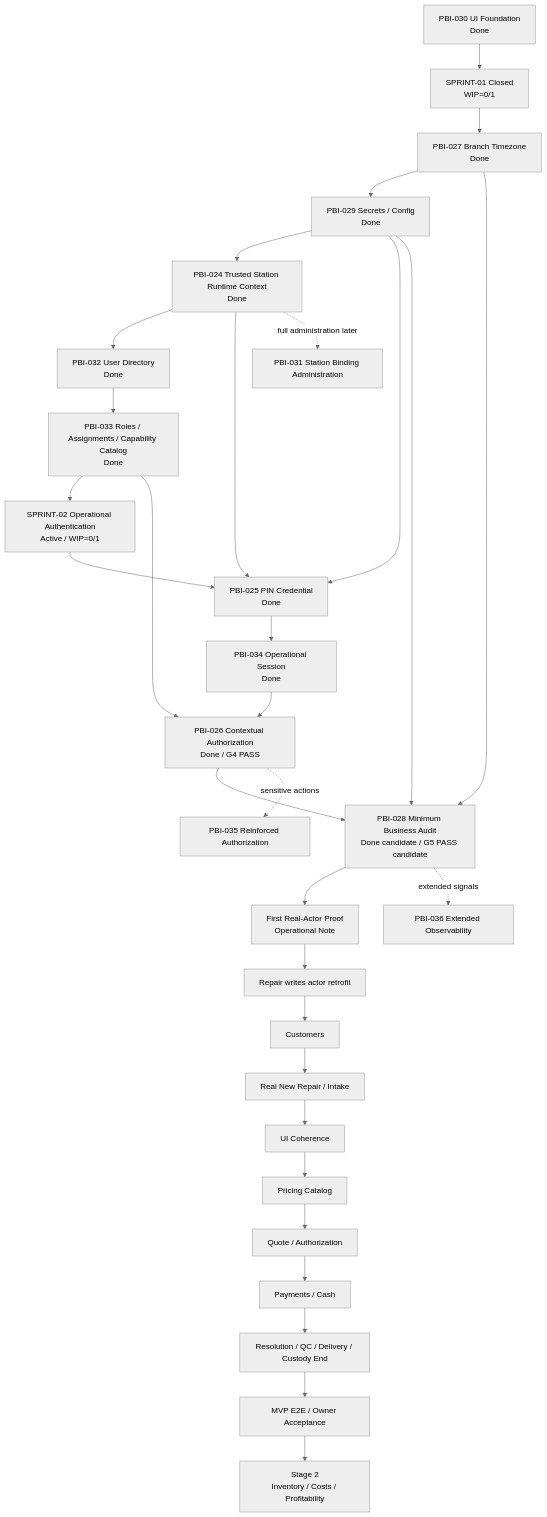
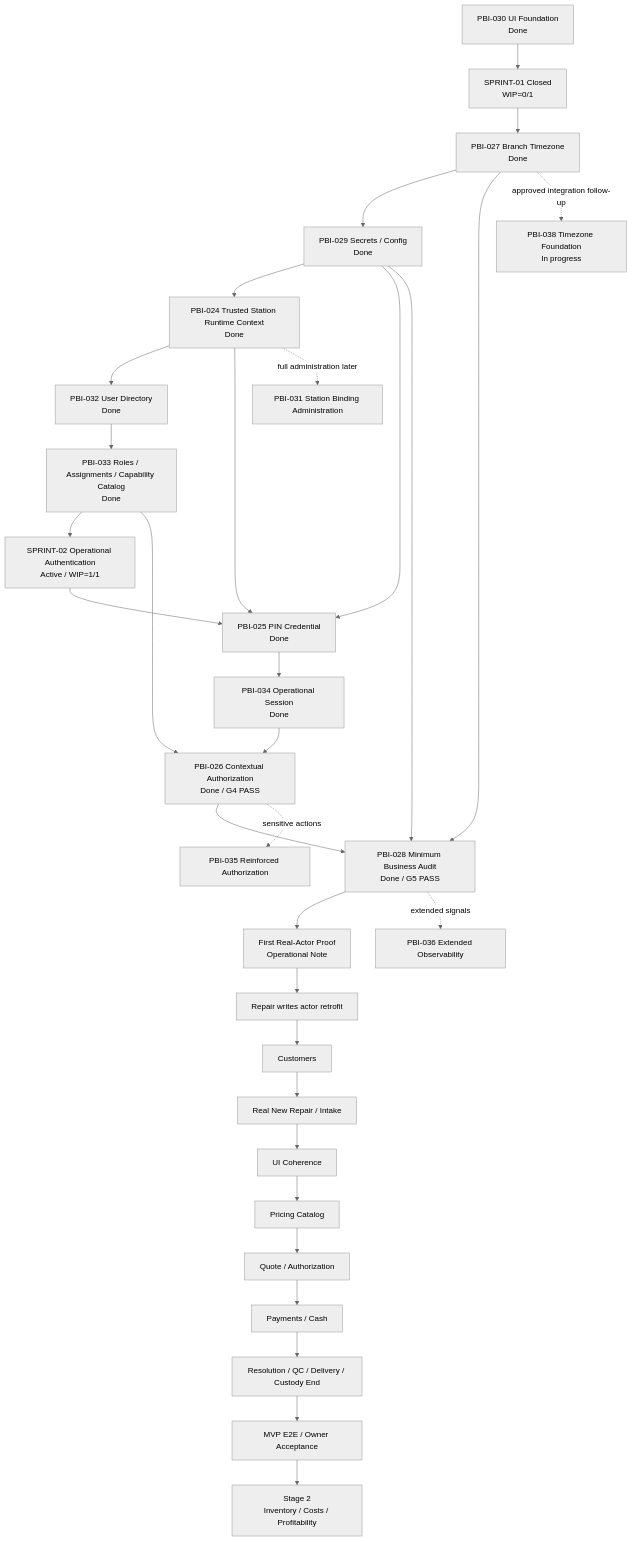
Before and after one commit to luisgtzaviles/SrTaller-2.0: the diagram in docs/backlog/DEPENDENCY_MAP.md, drawn with Mermaid (neutral theme). The commit also changed other lines of this file and 66 other files, not shown here.

````diff
--- a/docs/backlog/DEPENDENCY_MAP.md
+++ b/docs/backlog/DEPENDENCY_MAP.md
@@ -13,33 +13,34 @@
 ```mermaid
 flowchart TD
     P30[PBI-030 UI Foundation<br/>Done] --> S1[SPRINT-01 Closed<br/>WIP=0/1]
     S1 --> P27[PBI-027 Branch Timezone<br/>Done]
     P27 --> P29[PBI-029 Secrets / Config<br/>Done]
     P29 --> P24[PBI-024 Trusted Station Runtime Context<br/>Done]
     P24 --> P32[PBI-032 User Directory<br/>Done]
     P32 --> P33[PBI-033 Roles / Assignments / Capability Catalog<br/>Done]
-    P33 --> S2[SPRINT-02 Operational Authentication<br/>Active / WIP=0/1]
+    P33 --> S2[SPRINT-02 Operational Authentication<br/>Active / WIP=1/1]
     S2 --> P25[PBI-025 PIN Credential<br/>Done]
     P24 --> P25
     P29 --> P25
     P25 --> P34[PBI-034 Operational Session<br/>Done]
     P34 --> P26[PBI-026 Contextual Authorization<br/>Done / G4 PASS]
     P33 --> P26
-    P26 --> P28[PBI-028 Minimum Business Audit<br/>Done candidate / G5 PASS candidate]
+    P26 --> P28[PBI-028 Minimum Business Audit<br/>Done / G5 PASS]
     P27 --> P28
     P29 --> P28
     P28 --> NOTE[First Real-Actor Proof<br/>Operational Note]
+    P27 -. approved integration follow-up .-> P38[PBI-038 Timezone Foundation<br/>In progress]
     NOTE --> RETRO[Repair writes actor retrofit]
     RETRO --> CUSTOMERS[Customers]
     CUSTOMERS --> INTAKE[Real New Repair / Intake]
     INTAKE --> POLISH[UI Coherence]
     POLISH --> PRICING[Pricing Catalog]
     PRICING --> QUOTE[Quote / Authorization]
     QUOTE --> MONEY[Payments / Cash]
     MONEY --> DELIVERY[Resolution / QC / Delivery / Custody End]
     DELIVERY --> MVP[MVP E2E / Owner Acceptance]
     P24 -. full administration later .-> P31[PBI-031 Station Binding Administration]
     P26 -. sensitive actions .-> P35[PBI-035 Reinforced Authorization]
     P28 -. extended signals .-> P36[PBI-036 Extended Observability]
     MVP --> STAGE2[Stage 2<br/>Inventory / Costs / Profitability]
 ```
````
